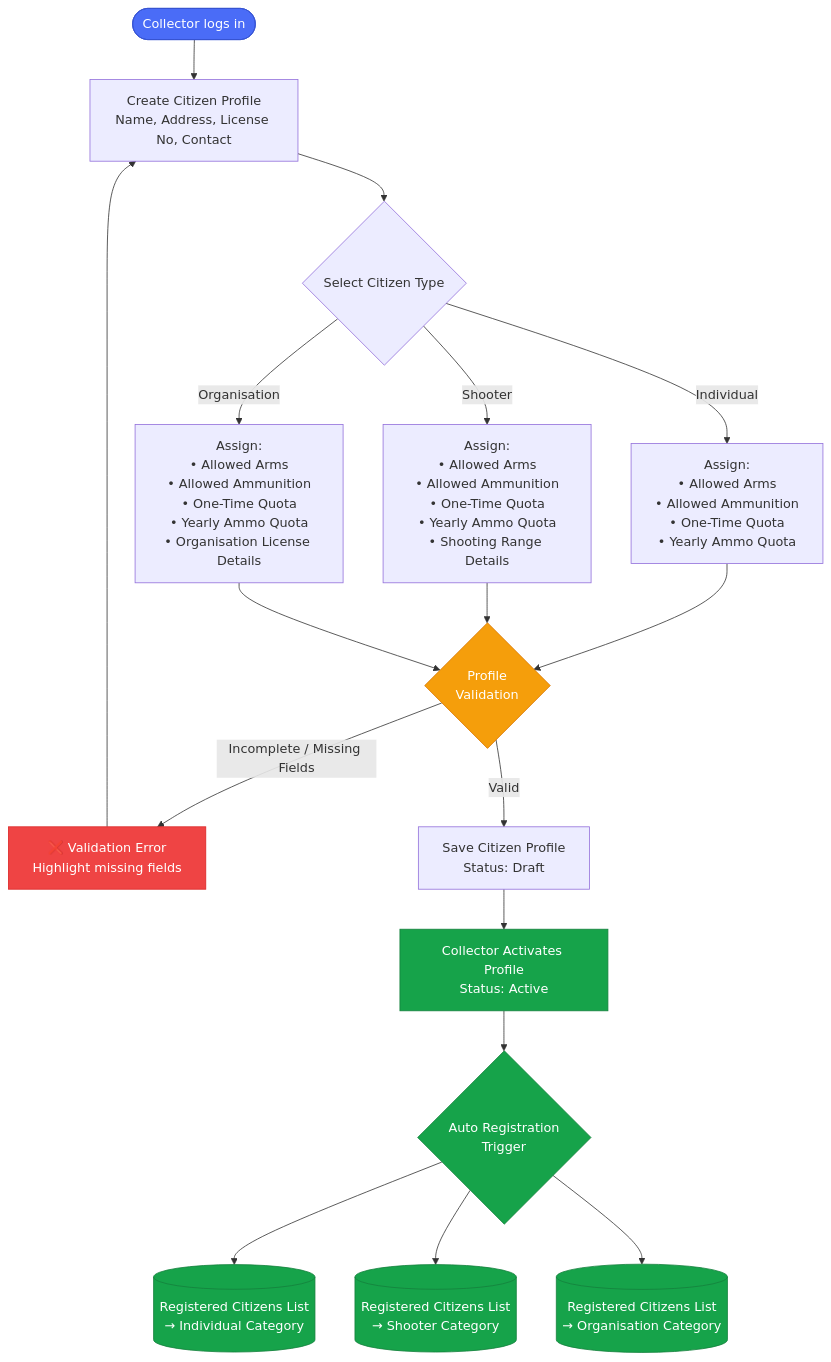
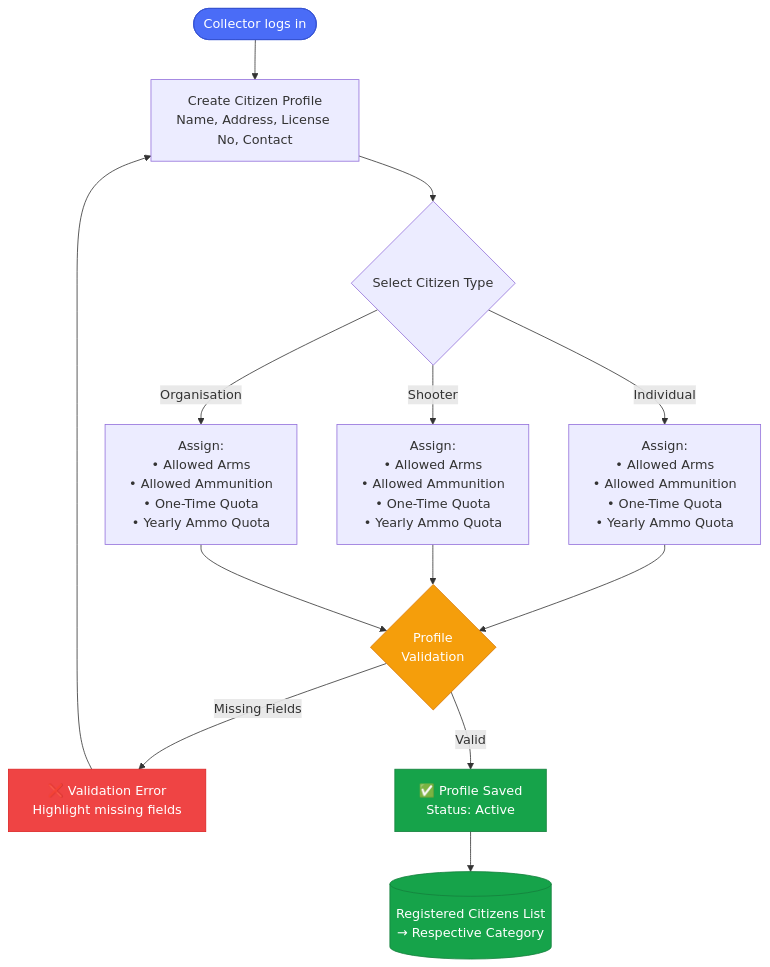
The second of 4 diagrams in ALIMS_flow.md (Sourabhraaj/ALIMS-FLow), drawn with Mermaid before and after one commit. The commit also changed other lines of this file, not shown here.

````diff
--- a/ALIMS_flow.md
+++ b/ALIMS_flow.md
@@ -30,33 +30,25 @@
 ```mermaid
 flowchart TD
     START([Collector logs in]) --> CP[Create Citizen Profile\nName, Address, License No, Contact]
     CP --> CT{Select Citizen Type}
 
     CT -->|Individual| IND[Assign:\n• Allowed Arms\n• Allowed Ammunition\n• One-Time Quota\n• Yearly Ammo Quota]
-    CT -->|Shooter| SHT[Assign:\n• Allowed Arms\n• Allowed Ammunition\n• One-Time Quota\n• Yearly Ammo Quota\n• Shooting Range Details]
-    CT -->|Organisation| ORG[Assign:\n• Allowed Arms\n• Allowed Ammunition\n• One-Time Quota\n• Yearly Ammo Quota\n• Organisation License Details]
+    CT -->|Shooter| SHT[Assign:\n• Allowed Arms\n• Allowed Ammunition\n• One-Time Quota\n• Yearly Ammo Quota]
+    CT -->|Organisation| ORG[Assign:\n• Allowed Arms\n• Allowed Ammunition\n• One-Time Quota\n• Yearly Ammo Quota]
 
     IND --> VAL{Profile\nValidation}
     SHT --> VAL
     ORG --> VAL
 
-    VAL -->|Incomplete / Missing Fields| ERR1[❌ Validation Error\nHighlight missing fields]
+    VAL -->|Missing Fields| ERR1[❌ Validation Error\nHighlight missing fields]
     ERR1 --> CP
 
-    VAL -->|Valid| SAVE[Save Citizen Profile\nStatus: Draft]
-    SAVE --> ACT[Collector Activates Profile\nStatus: Active]
-    ACT --> AUTO1{Auto Registration\nTrigger}
-
-    AUTO1 --> CRL_IND[(Registered Citizens List\n→ Individual Category)]
-    AUTO1 --> CRL_SHT[(Registered Citizens List\n→ Shooter Category)]
-    AUTO1 --> CRL_ORG[(Registered Citizens List\n→ Organisation Category)]
+    VAL -->|Valid| ACTIVE[✅ Profile Saved\nStatus: Active]
+    ACTIVE --> CRL_IND[(Registered Citizens List\n→ Respective Category)]
 
     style START fill:#4A6CF7,color:#fff,stroke:#3451D1
     style VAL fill:#F59E0B,color:#fff,stroke:#D97706
     style ERR1 fill:#EF4444,color:#fff,stroke:#DC2626
-    style ACT fill:#16A34A,color:#fff,stroke:#15803D
-    style AUTO1 fill:#16A34A,color:#fff,stroke:#15803D
+    style ACTIVE fill:#16A34A,color:#fff,stroke:#15803D
     style CRL_IND fill:#16A34A,color:#fff,stroke:#15803D
-    style CRL_SHT fill:#16A34A,color:#fff,stroke:#15803D
-    style CRL_ORG fill:#16A34A,color:#fff,stroke:#15803D
 ```
````
